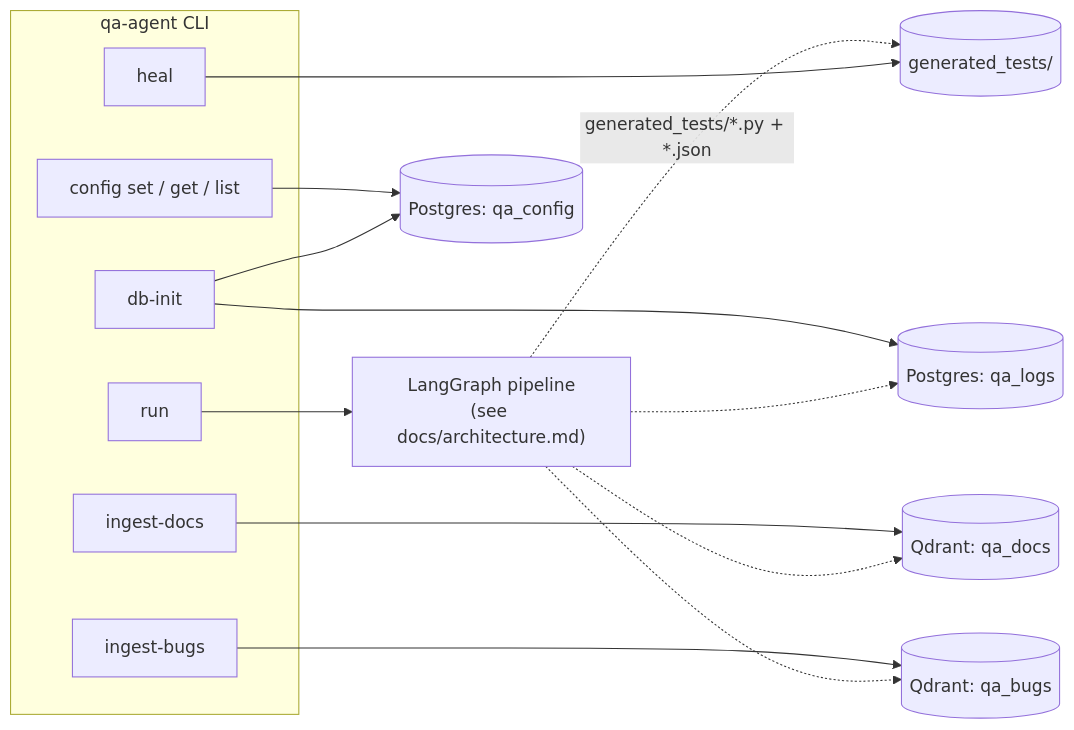
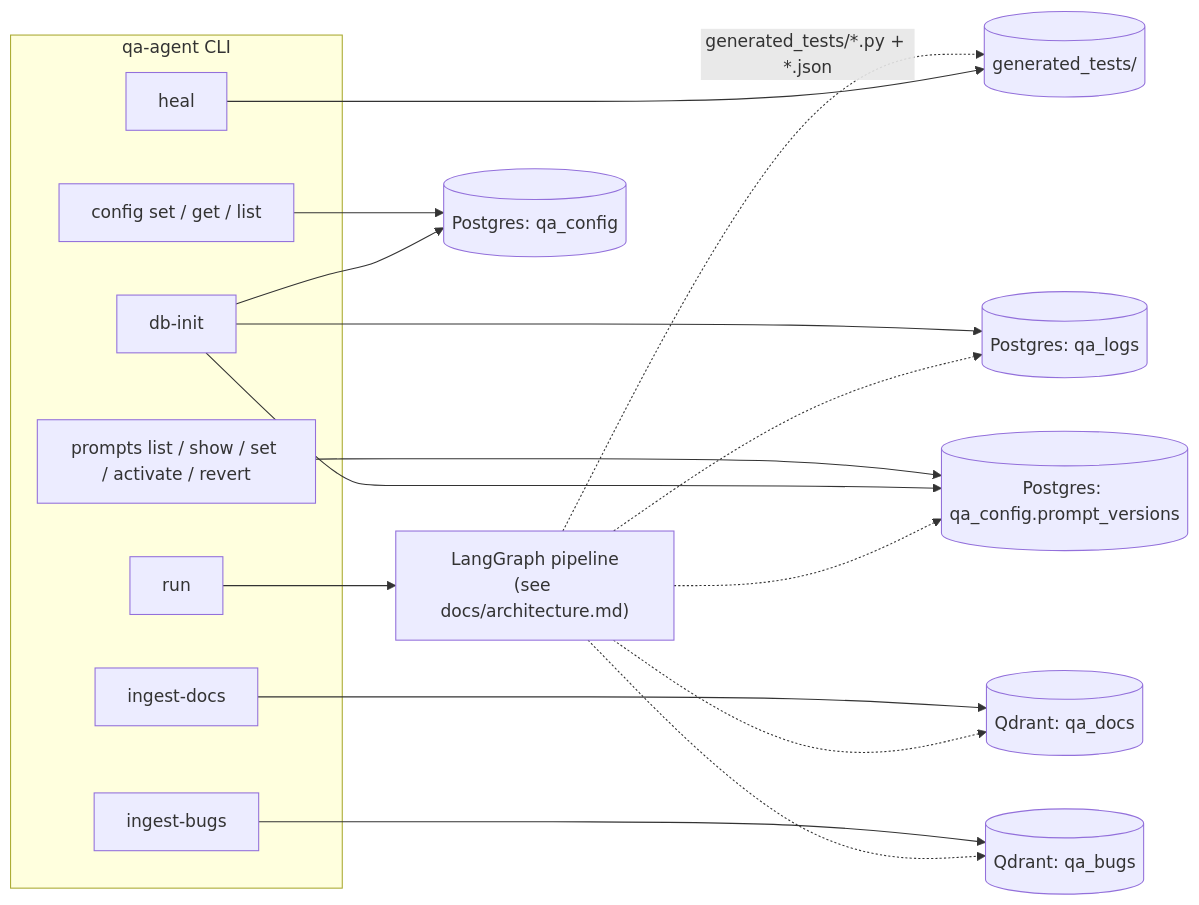
One commit to mclubb81/ai-qa-system changed the diagram in docs/cli.md. Above: the diagram before and after it, drawn with Mermaid. The commit also changed other lines of this file and 33 other files, not shown here.

````diff
--- a/docs/cli.md
+++ b/docs/cli.md
@@ -10,23 +10,27 @@
 ```mermaid
 flowchart LR
     subgraph CLI ["qa-agent CLI"]
         run["run"]
         heal["heal"]
         ingestDocs["ingest-docs"]
         ingestBugs["ingest-bugs"]
         configCmds["config set / get / list"]
+        promptCmds["prompts list / show / set / activate / revert"]
         dbInit["db-init"]
     end
 
     run --> Graph["LangGraph pipeline\n(see docs/architecture.md)"]
     Graph -. "generated_tests/*.py + *.json" .-> GeneratedTests[("generated_tests/")]
     heal --> GeneratedTests
     ingestDocs --> QdrantDocs[("Qdrant: qa_docs")]
     ingestBugs --> QdrantBugs[("Qdrant: qa_bugs")]
     configCmds --> ConfigDB[("Postgres: qa_config")]
+    promptCmds --> PromptsTable[("Postgres: qa_config.prompt_versions")]
     dbInit --> ConfigDB
+    dbInit --> PromptsTable
     dbInit --> LogsDB[("Postgres: qa_logs")]
     Graph -.-> LogsDB
+    Graph -.-> PromptsTable
     Graph -.-> QdrantDocs
     Graph -.-> QdrantBugs
 ```
````
